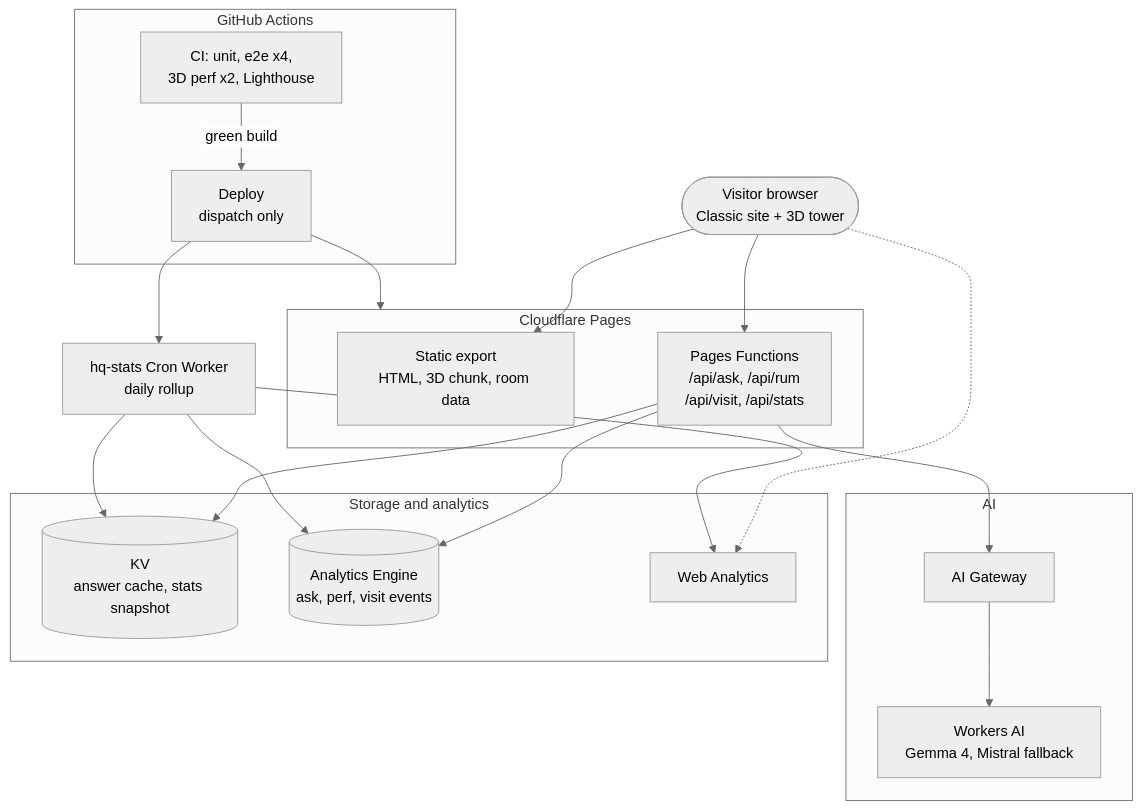
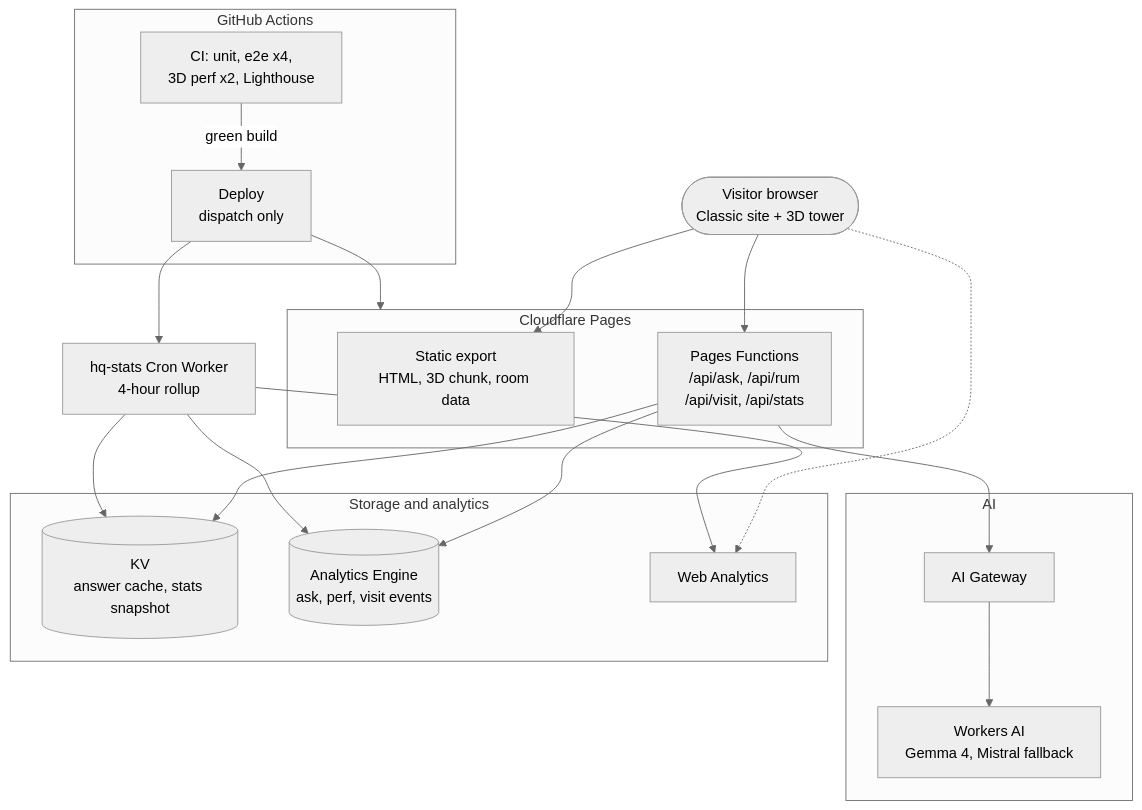
Before and after one commit to ShinyQ/ShinyQ-HQ: the diagram in README.md, drawn with Mermaid (neutral theme). The commit also changed other lines of this file and 11 other files, not shown here.

Commit message:
docs(stats): 4-hour cadence

````diff
--- a/README.md
+++ b/README.md
@@ -75,37 +75,37 @@
 ```mermaid
 flowchart TB
   visitor(["Visitor browser<br/>Classic site + 3D tower"])
 
   subgraph pagesbox["Cloudflare Pages"]
     pages["Static export<br/>HTML, 3D chunk, room data"]
     fn["Pages Functions<br/>/api/ask, /api/rum<br/>/api/visit, /api/stats"]
   end
 
   subgraph aibox["AI"]
     gateway["AI Gateway"] --> wai["Workers AI<br/>Gemma 4, Mistral fallback"]
   end
 
   subgraph databox["Storage and analytics"]
     kv[("KV<br/>answer cache, stats snapshot")]
     ae[("Analytics Engine<br/>ask, perf, visit events")]
     wa["Web Analytics"]
   end
 
-  cron["hq-stats Cron Worker<br/>daily rollup"]
+  cron["hq-stats Cron Worker<br/>4-hour rollup"]
 
   subgraph ghbox["GitHub Actions"]
     ci["CI: unit, e2e x4,<br/>3D perf x2, Lighthouse"] -->|green build| deploy["Deploy<br/>dispatch only"]
   end
 
   visitor --> pages
   visitor --> fn
   visitor -.-> wa
   fn --> gateway
   fn --> kv
   fn --> ae
   cron --> wa
   cron --> ae
   cron --> kv
   deploy --> pagesbox
   deploy --> cron
 ```
````
